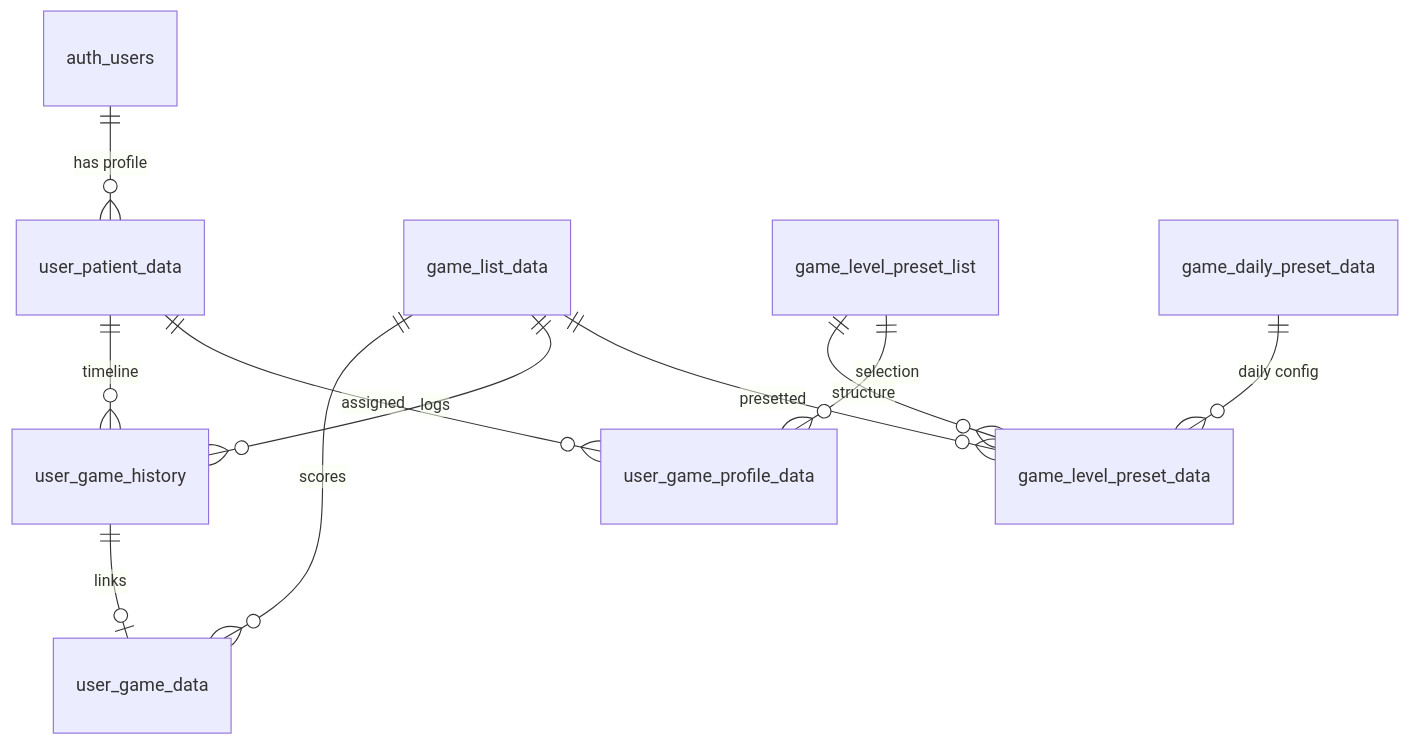
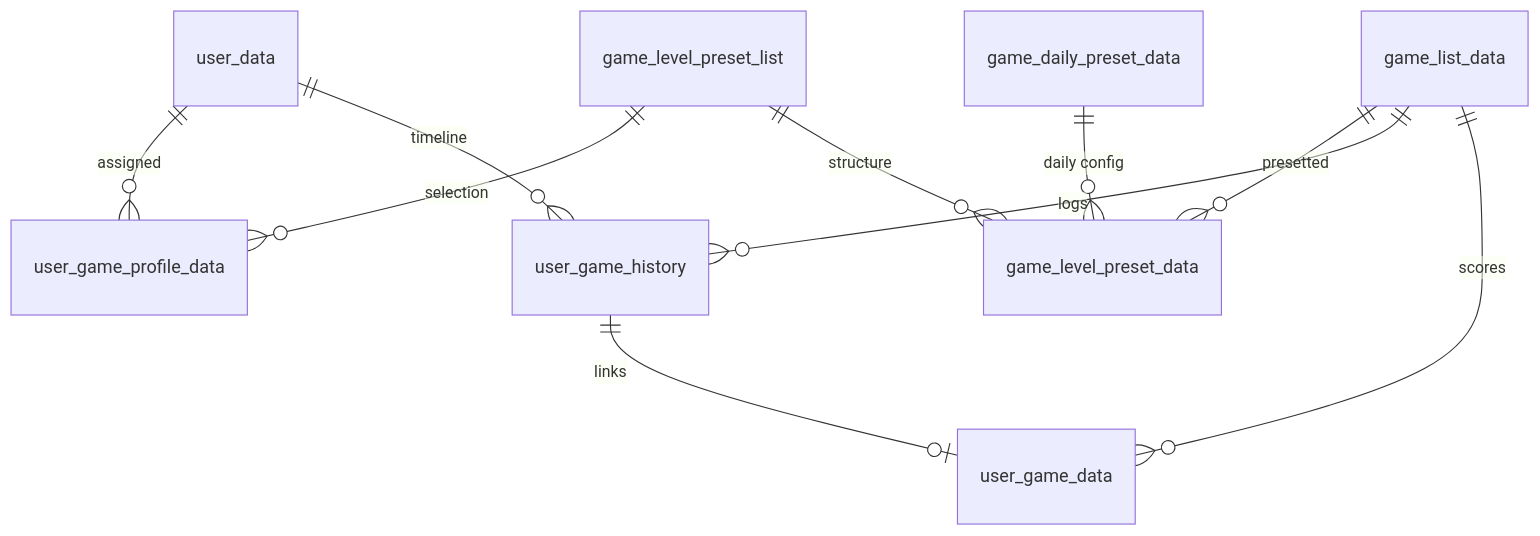
One commit to ChayutChanmueang/mci-cognitive-game-hub-dev-deploy changed the second of 2 diagrams in docs/software/03-data-schema.md. Above: the diagram before and after it, drawn with Mermaid. The commit also changed other lines of this file and 8 other files, not shown here.

````diff
--- a/docs/software/03-data-schema.md
+++ b/docs/software/03-data-schema.md
@@ -130,17 +128,16 @@
 ```mermaid
 erDiagram
-    auth_users ||--o{ user_patient_data : "has profile"
-    user_patient_data ||--o{ user_game_history : "timeline"
-    user_patient_data ||--o{ user_game_profile_data : "assigned"
+    user_data ||--o{ user_game_history : "timeline"
+    user_data ||--o{ user_game_profile_data : "assigned"
     
     game_list_data ||--o{ user_game_data : "scores"
     game_list_data ||--o{ user_game_history : "logs"
     game_list_data ||--o{ game_level_preset_data : "presetted"
 
     user_game_history ||--o| user_game_data : "links"
     
     game_level_preset_list ||--o{ game_level_preset_data : "structure"
     game_level_preset_list ||--o{ user_game_profile_data : "selection"
     
     game_daily_preset_data ||--o{ game_level_preset_data : "daily config"
 ```
````
